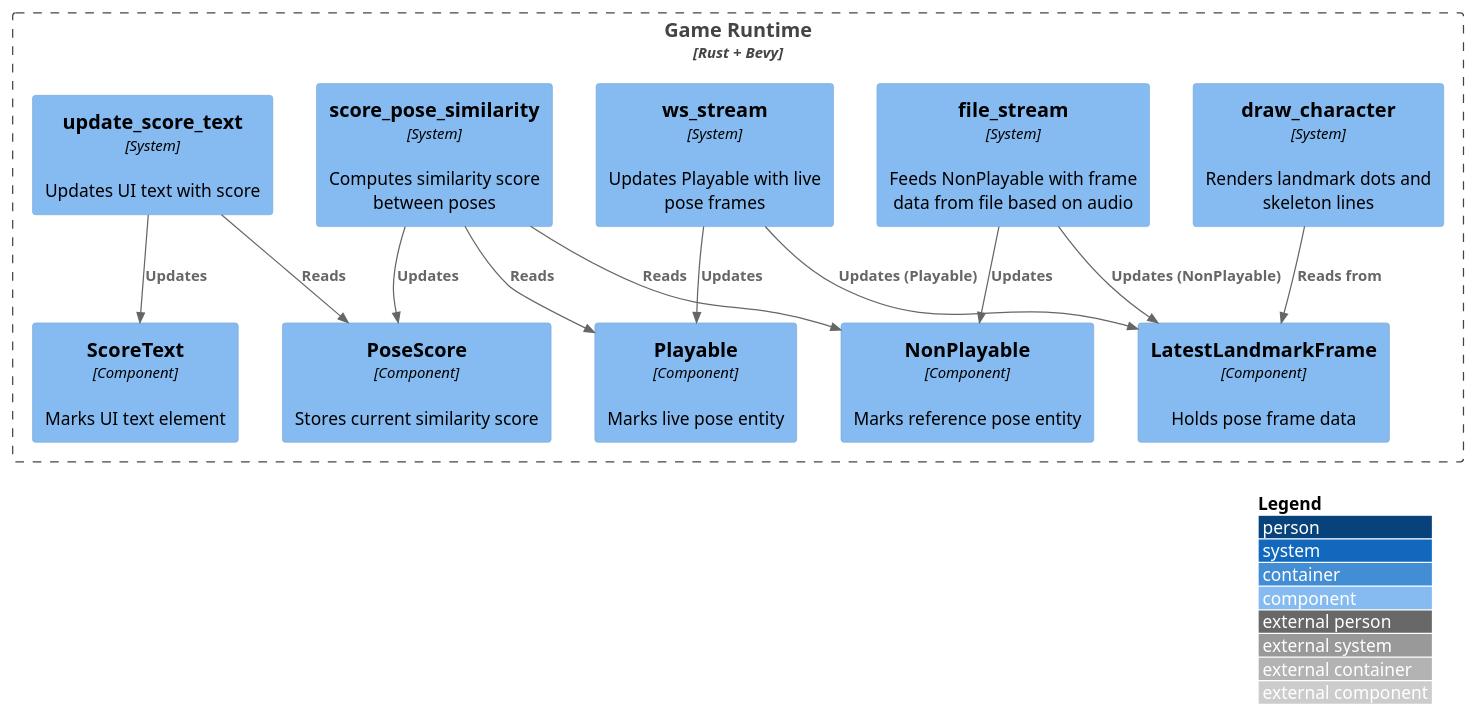
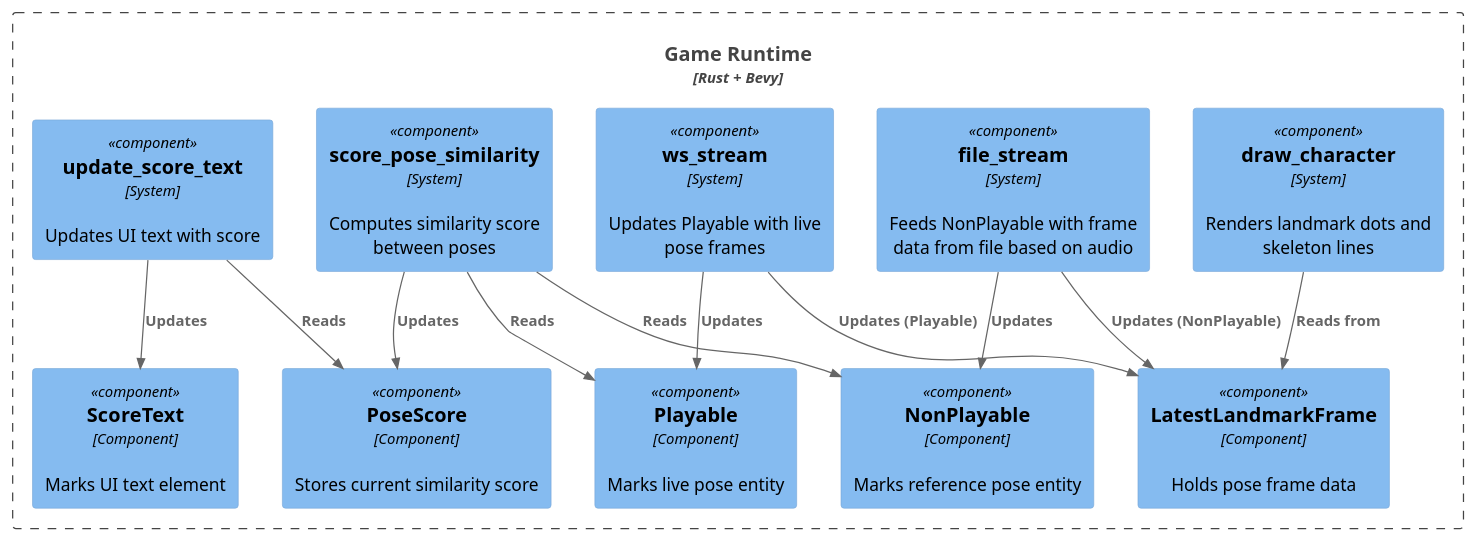
Before and after one commit to tobiaslocker/pose: the diagram in docs/arch/diagrams/c4-level-3-component-game-client.puml, drawn with PlantUML. The commit also changed 1 other file, not shown here.

```diff
--- a/docs/arch/diagrams/c4-level-3-component-game-client.puml
+++ b/docs/arch/diagrams/c4-level-3-component-game-client.puml
@@ -1,31 +1,30 @@
 @startuml
 !includeurl https://raw.githubusercontent.com/plantuml-stdlib/C4-PlantUML/master/C4_Component.puml
-LAYOUT_WITH_LEGEND()
 
 Container(gameRuntime, "Game Runtime", "Rust + Bevy")
 
 Container_Boundary(gameRuntime, "Game Runtime") {
   Component(file_stream, "file_stream", "System", "Feeds NonPlayable with frame data from file based on audio")
   Component(ws_stream, "ws_stream", "System", "Updates Playable with live pose frames")
   Component(draw_character, "draw_character", "System", "Renders landmark dots and skeleton lines")
   Component(score_pose_similarity, "score_pose_similarity", "System", "Computes similarity score between poses")
   Component(update_score_text, "update_score_text", "System", "Updates UI text with score")
 
   Component(Playable, "Playable", "Component", "Marks live pose entity")
   Component(NonPlayable, "NonPlayable", "Component", "Marks reference pose entity")
   Component(LatestLandmarkFrame, "LatestLandmarkFrame", "Component", "Holds pose frame data")
   Component(PoseScore, "PoseScore", "Component", "Stores current similarity score")
   Component(ScoreText, "ScoreText", "Component", "Marks UI text element")
 }
 
 Rel(file_stream, NonPlayable, "Updates")
 Rel(file_stream, LatestLandmarkFrame, "Updates (NonPlayable)")
 Rel(ws_stream, Playable, "Updates")
 Rel(ws_stream, LatestLandmarkFrame, "Updates (Playable)")
 Rel(draw_character, LatestLandmarkFrame, "Reads from")
 Rel(score_pose_similarity, Playable, "Reads")
 Rel(score_pose_similarity, NonPlayable, "Reads")
 Rel(score_pose_similarity, PoseScore, "Updates")
 Rel(update_score_text, PoseScore, "Reads")
 Rel(update_score_text, ScoreText, "Updates")
 @enduml
```
